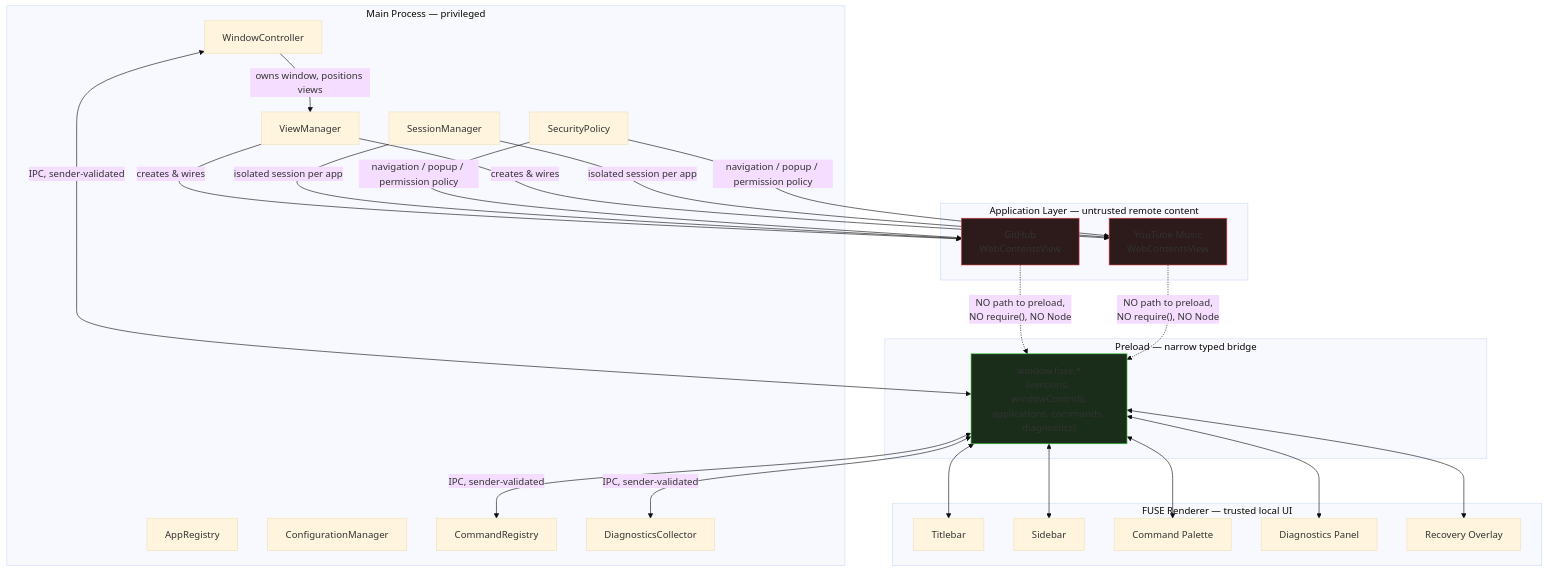
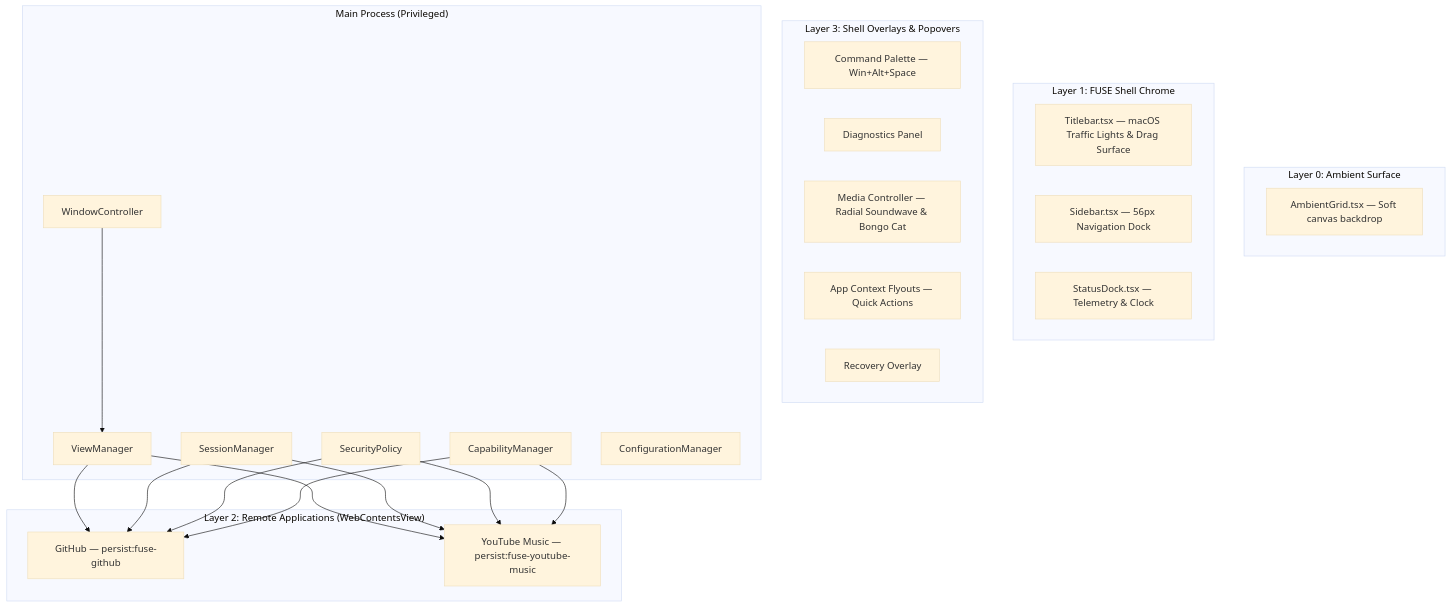
One commit to Jaiminsinh-Dodiya/FUSE changed the first of 2 diagrams in README.md. Above: the diagram before and after it, drawn with Mermaid (base theme). The commit also changed other lines of this file and 3 other files, not shown here.

Commit message:
docs: update README and add architectural documentation for Phases 7 and 8

````diff
--- a/README.md
+++ b/README.md
@@ -65,50 +65,40 @@
 ```mermaid
 graph TB
-    subgraph "Main Process — privileged"
+    subgraph "Layer 0: Ambient Surface"
+        AG[AmbientGrid.tsx — Soft canvas backdrop]
+    end
+
+    subgraph "Layer 1: FUSE Shell Chrome"
+        TB[Titlebar.tsx — macOS Traffic Lights & Drag Surface]
+        SB[Sidebar.tsx — 56px Navigation Dock]
+        SD[StatusDock.tsx — Telemetry & Clock]
+    end
+
+    subgraph "Layer 2: Remote Applications (WebContentsView)"
+        GH["GitHub — persist:fuse-github"]
+        YT["YouTube Music — persist:fuse-youtube-music"]
+    end
+
+    subgraph "Layer 3: Shell Overlays & Popovers"
+        CP[Command Palette — Win+Alt+Space]
+        DP[Diagnostics Panel]
+        MC[Media Controller — Radial Soundwave & Bongo Cat]
+        AF[App Context Flyouts — Quick Actions]
+        RO[Recovery Overlay]
+    end
+
+    subgraph "Main Process (Privileged)"
         WC[WindowController]
         VM[ViewManager]
         SM[SessionManager]
         SP[SecurityPolicy]
-        AR[AppRegistry]
-        CM[ConfigurationManager]
-        CR[CommandRegistry]
-        DC[DiagnosticsCollector]
+        CM[CapabilityManager]
+        CFG[ConfigurationManager]
     end
 
-    subgraph "Preload — narrow typed bridge"
-        PB["window.fuse.*<br/>(versions, windowControls,<br/>applications, commands, diagnostics)"]
-    end
-
-    subgraph "FUSE Renderer — trusted local UI"
-        TB[Titlebar]
-        SB[Sidebar]
-        CP[Command Palette]
-        DP[Diagnostics Panel]
-        RO[Recovery Overlay]
-    end
-
-    subgraph "Application Layer — untrusted remote content"
-        GH["GitHub<br/>WebContentsView"]
-        YT["YouTube Music<br/>WebContentsView"]
-    end
-
-    VM -->|creates & wires| GH
-    VM -->|creates & wires| YT
-    SM -->|isolated session per app| GH
-    SM -->|isolated session per app| YT
-    SP -->|navigation / popup / permission policy| GH
-    SP -->|navigation / popup / permission policy| YT
-    WC -->|owns window, positions views| VM
-
-    PB <-->|IPC, sender-validated| WC
-    PB <-->|IPC, sender-validated| CR
-    PB <-->|IPC, sender-validated| DC
-    PB <--> TB & SB & CP & DP & RO
-
-    GH -.->|"NO path to preload,<br/>NO require(), NO Node"| PB
-    YT -.->|"NO path to preload,<br/>NO require(), NO Node"| PB
-
-    style GH fill:#2d1a1a,stroke:#e5484d
-    style YT fill:#2d1a1a,stroke:#e5484d
-    style PB fill:#1a2d1a,stroke:#3ecf3e
+    WC --> VM
+    VM --> GH & YT
+    SM --> GH & YT
+    SP --> GH & YT
+    CM --> GH & YT
 ```
````
